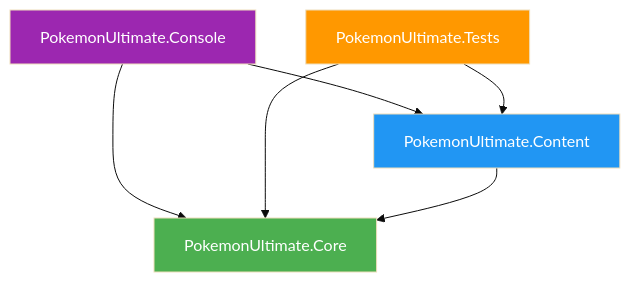
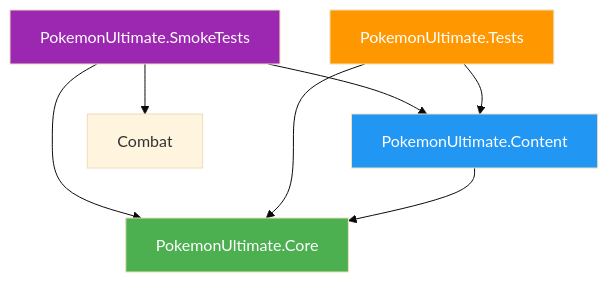
One commit to Javi1994/PokemonUltimate changed the diagram in docs/architecture/project_structure.md. Above: the diagram before and after it, drawn with Mermaid (base theme). The commit also changed other lines of this file and 11 other files, not shown here.

First line of the commit message:
feat(demo): add BattleDemo project and rename Console to SmokeTests

````diff
--- a/docs/architecture/project_structure.md
+++ b/docs/architecture/project_structure.md
@@ -169,14 +169,15 @@
 ```mermaid
 graph TD
-    Console[PokemonUltimate.Console] --> Content
-    Console --> Core
+    SmokeTests[PokemonUltimate.SmokeTests] --> Content
+    SmokeTests --> Core
+    SmokeTests --> Combat
     Tests[PokemonUltimate.Tests] --> Content
     Tests --> Core
     Content[PokemonUltimate.Content] --> Core
     Core[PokemonUltimate.Core]
     
     style Core fill:#4CAF50,color:#fff
     style Content fill:#2196F3,color:#fff
     style Tests fill:#FF9800,color:#fff
-    style Console fill:#9C27B0,color:#fff
+    style SmokeTests fill:#9C27B0,color:#fff
 ```
````
